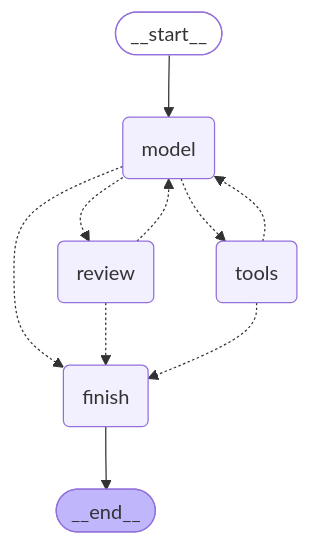
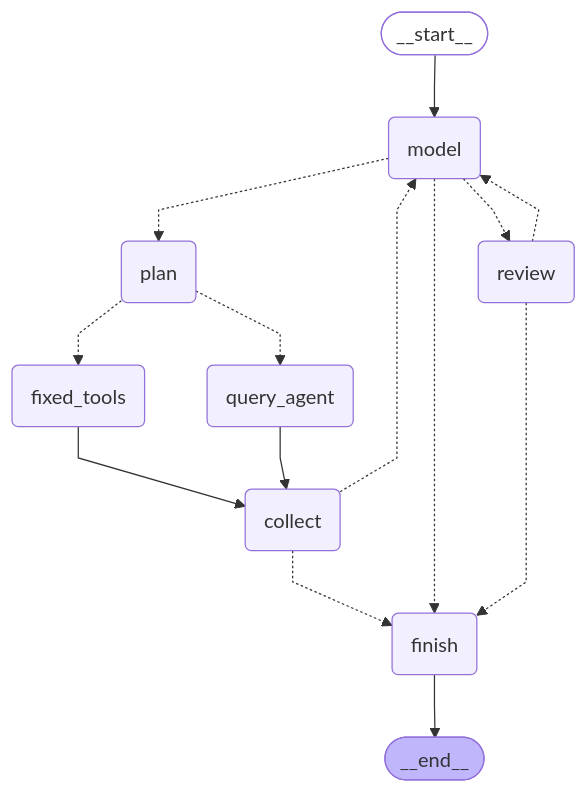
One commit to Eriksas/da-agent changed the second of 2 diagrams in README.md. Above: the diagram before and after it, drawn with Mermaid. The commit also changed other lines of this file and 6 other files, not shown here.

````diff
--- a/README.md
+++ b/README.md
@@ -258,21 +276,33 @@
 ```mermaid
+---
+config:
+  flowchart:
+    curve: linear
+---
 graph TD;
 	__start__([<p>__start__</p>]):::first
 	model(model)
-	tools(tools)
+	plan(plan)
+	fixed_tools(fixed_tools)
+	query_agent(query_agent)
+	collect(collect)
 	review(review)
 	finish(finish)
 	__end__([<p>__end__</p>]):::last
 	__start__ --> model;
+	collect -.-> finish;
+	collect -.-> model;
+	fixed_tools --> collect;
 	model -.-> finish;
+	model -.-> plan;
 	model -.-> review;
-	model -.-> tools;
+	plan -.-> fixed_tools;
+	plan -.-> query_agent;
+	query_agent --> collect;
 	review -.-> finish;
 	review -.-> model;
-	tools -.-> finish;
-	tools -.-> model;
 	finish --> __end__;
 	classDef default fill:#f2f0ff,line-height:1.2
 	classDef first fill-opacity:0
 	classDef last fill:#bfb6fc
 ```
````
